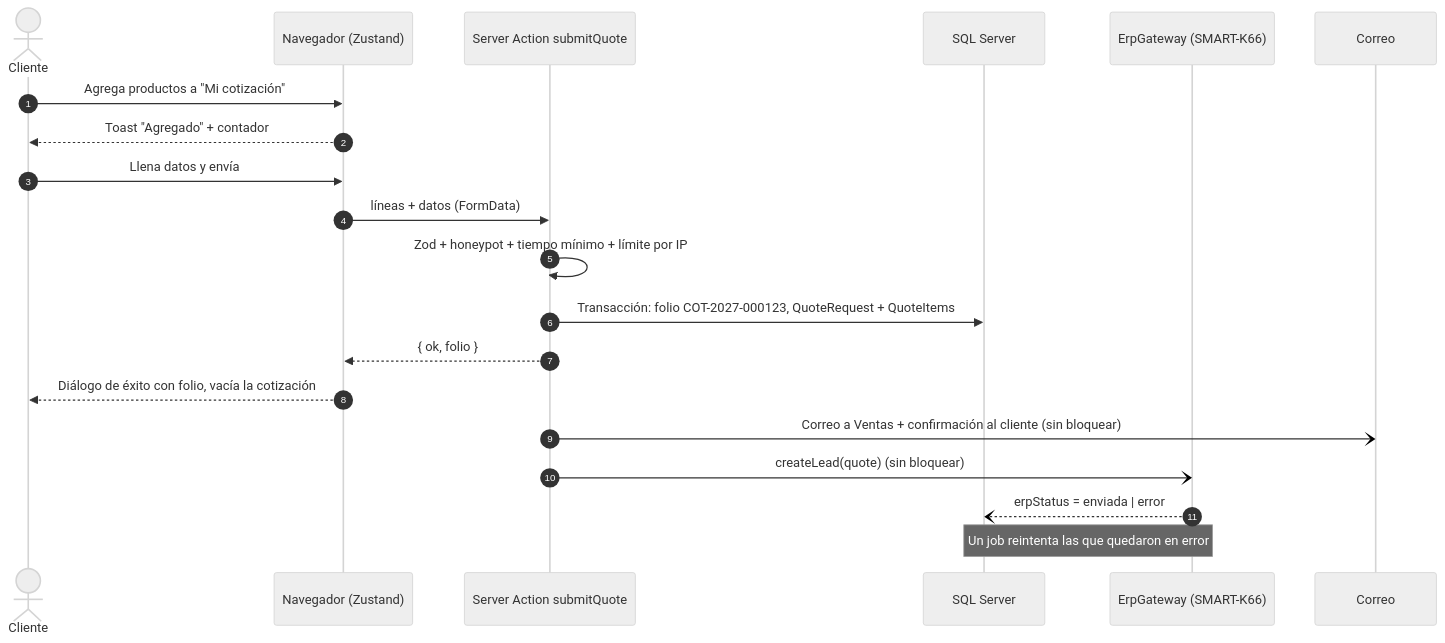
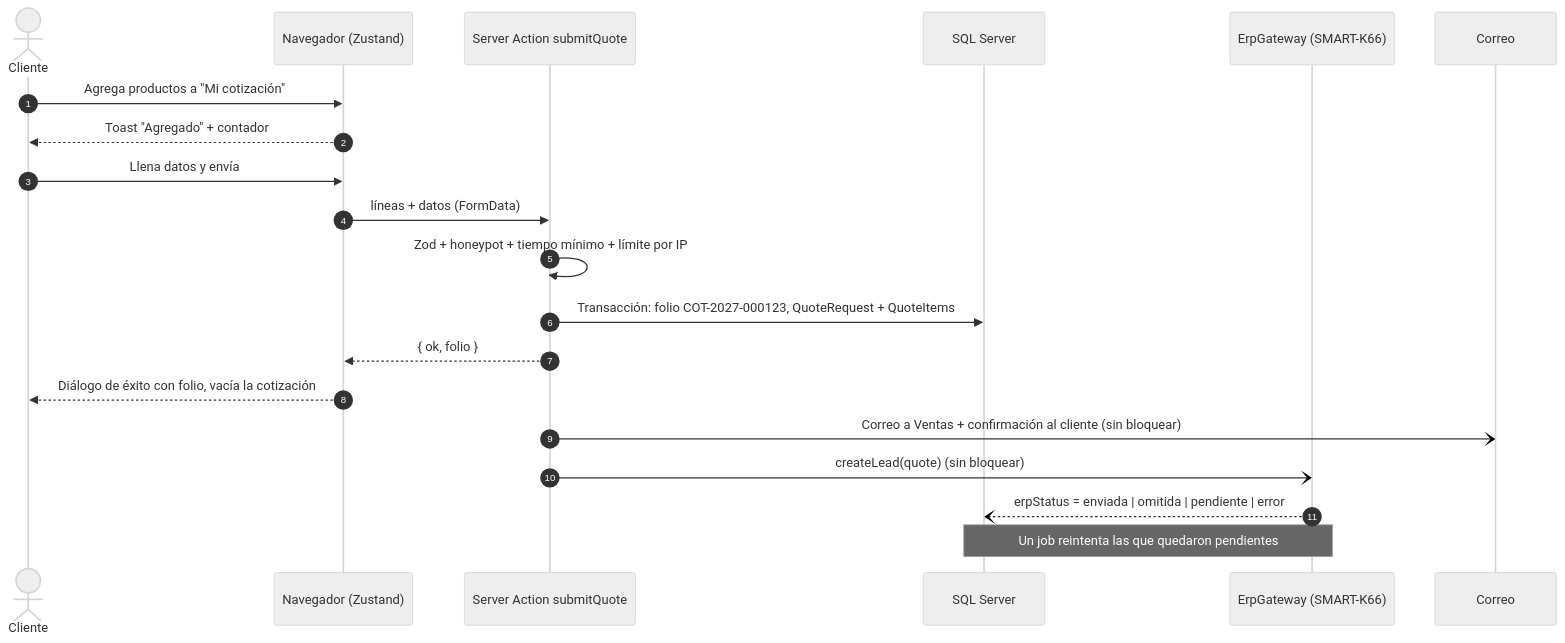
The fourth of 6 diagrams in docs/03-arquitectura.md (Alex-Gallardo/web-bolik-60), drawn with Mermaid (neutral theme) before and after one commit. The commit also changed other lines of this file and 19 other files, not shown here.

````diff
--- a/docs/03-arquitectura.md
+++ b/docs/03-arquitectura.md
@@ -158,23 +158,23 @@
 ```mermaid
 sequenceDiagram
   autonumber
   actor C as Cliente
   participant UI as Navegador (Zustand)
   participant SA as Server Action submitQuote
   participant DB as SQL Server
   participant ERP as ErpGateway (SMART-K66)
   participant M as Correo
 
   C->>UI: Agrega productos a "Mi cotización"
   UI-->>C: Toast "Agregado" + contador
   C->>UI: Llena datos y envía
   UI->>SA: líneas + datos (FormData)
   SA->>SA: Zod + honeypot + tiempo mínimo + límite por IP
   SA->>DB: Transacción: folio COT-2027-000123, QuoteRequest + QuoteItems
   SA-->>UI: { ok, folio }
   UI-->>C: Diálogo de éxito con folio, vacía la cotización
   SA-)M: Correo a Ventas + confirmación al cliente (sin bloquear)
   SA-)ERP: createLead(quote) (sin bloquear)
-  ERP--)DB: erpStatus = enviada | error
-  Note over DB,ERP: Un job reintenta las que quedaron en error
+  ERP--)DB: erpStatus = enviada | omitida | pendiente | error
+  Note over DB,ERP: Un job reintenta las que quedaron pendientes
 ```
````
